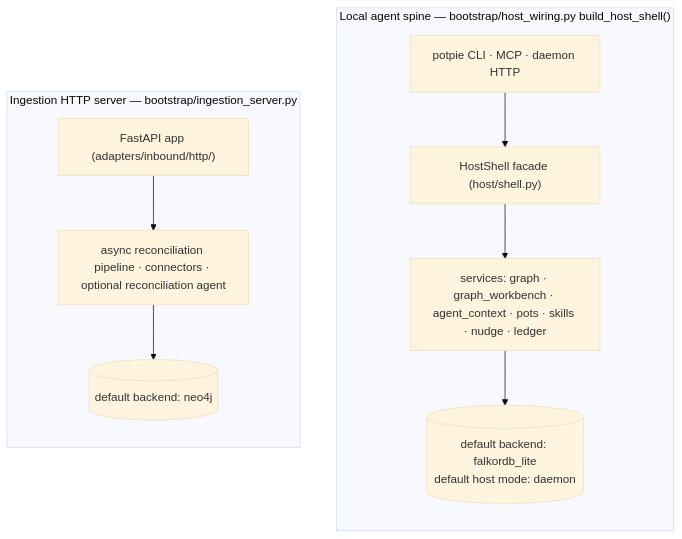
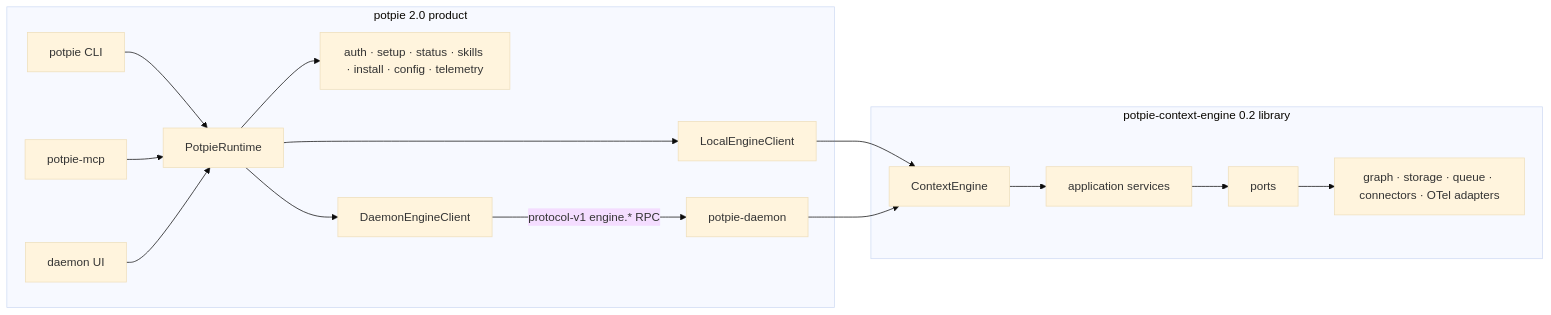
One commit to potpie-ai/potpie changed the diagram in docs/context-graph/architecture.md. Above: the diagram before and after it, drawn with Mermaid (base theme). The commit also changed other lines of this file and 21 other files, not shown here.

Commit message:
docs(architecture): publish the completed package split

````diff
--- a/docs/context-graph/architecture.md
+++ b/docs/context-graph/architecture.md
@@ -68,19 +14,31 @@
 ```mermaid
-flowchart TB
-  subgraph cg_spine["Local agent spine — bootstrap/host_wiring.py build_host_shell()"]
-    direction TB
-    cg_cli["potpie CLI · MCP · daemon HTTP"]
-    cg_shell["HostShell facade (host/shell.py)"]
-    cg_services["services: graph · graph_workbench · agent_context · pots · skills · nudge · ledger"]
-    cg_lite[("default backend: falkordb_lite<br/>default host mode: daemon")]
-    cg_cli --> cg_shell --> cg_services --> cg_lite
-  end
+flowchart LR
+    subgraph Product["potpie 2.0 product"]
+        CLI["potpie CLI"]
+        MCP["potpie-mcp"]
+        UI["daemon UI"]
+        Runtime["PotpieRuntime"]
+        ProductServices["auth · setup · status · skills · install · config · telemetry"]
+        Local["LocalEngineClient"]
+        Remote["DaemonEngineClient"]
+        Daemon["potpie-daemon"]
+    end
 
-  subgraph cg_ingest["Ingestion HTTP server — bootstrap/ingestion_server.py"]
-    direction TB
-    cg_fastapi["FastAPI app (adapters/inbound/http/)"]
-    cg_pipeline["async reconciliation pipeline · connectors · optional reconciliation agent"]
-    cg_neo[("default backend: neo4j")]
-    cg_fastapi --> cg_pipeline --> cg_neo
-  end
+    subgraph Library["potpie-context-engine 0.2 library"]
+        Engine["ContextEngine"]
+        App["application services"]
+        Ports["ports"]
+        Adapters["graph · storage · queue · connectors · OTel adapters"]
+    end
+
+    CLI --> Runtime
+    MCP --> Runtime
+    UI --> Runtime
+    Runtime --> ProductServices
+    Runtime --> Local
+    Runtime --> Remote
+    Local --> Engine
+    Remote -->|"protocol-v1 engine.* RPC"| Daemon
+    Daemon --> Engine
+    Engine --> App --> Ports --> Adapters
 ```
````
